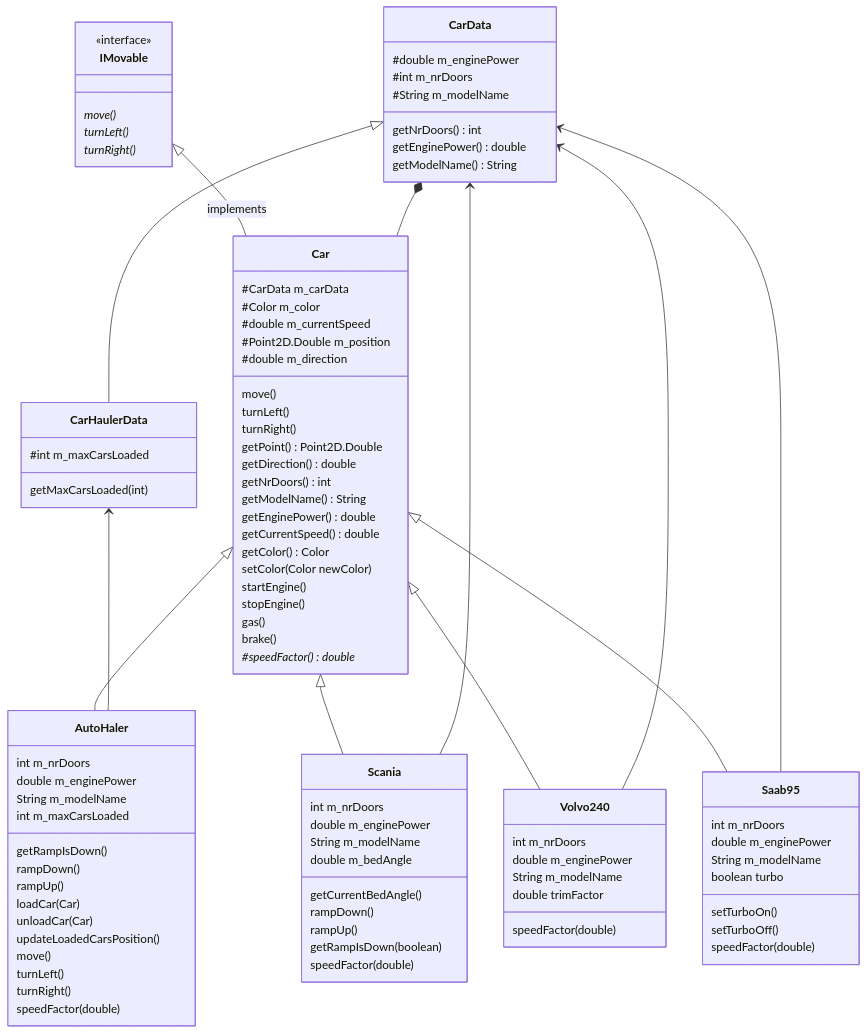
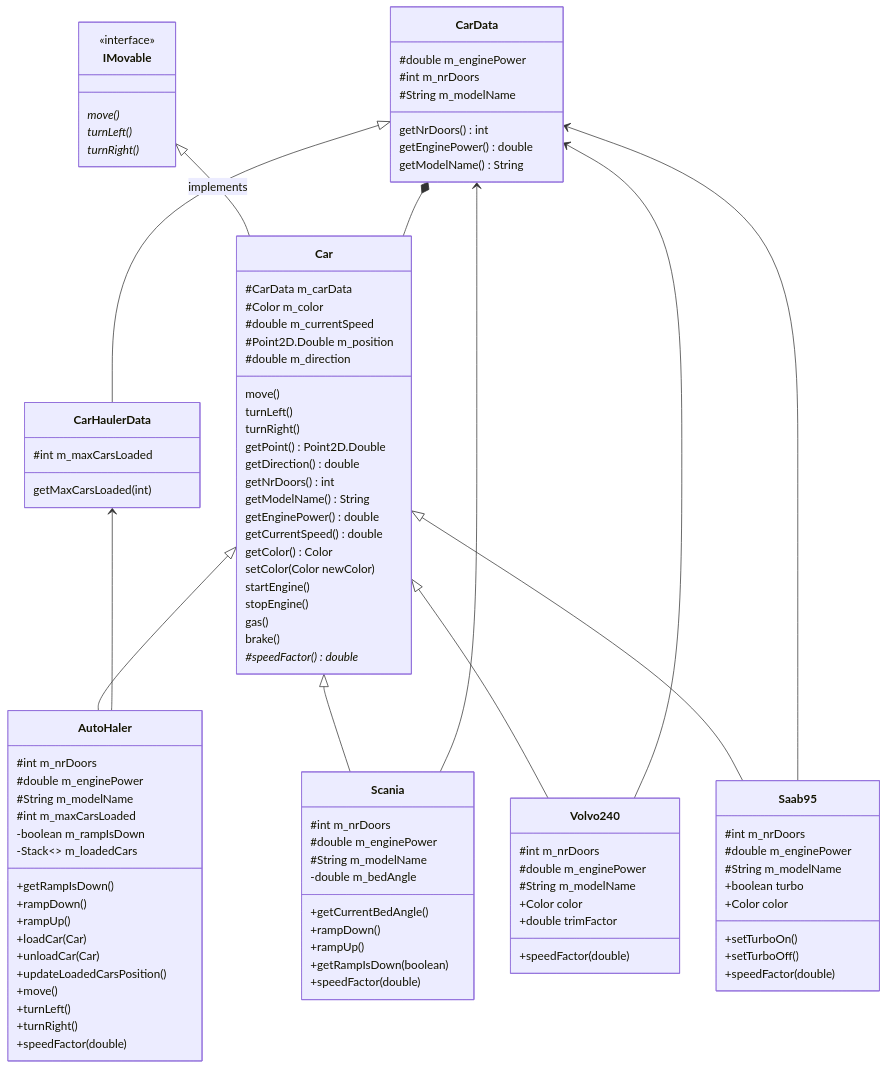
The diagram in uml.md (Faunther/dit954-lab1), drawn with Mermaid before and after one commit. The commit also changed 1 other file, not shown here.

Commit message:
ulm Bilar

```diff
--- a/uml.md
+++ b/uml.md
@@ -69,52 +69,56 @@
     }
     
     class Scania {
-        int m_nrDoors
-        double m_enginePower
-        String m_modelName
-        double m_bedAngle
+        #int m_nrDoors
+        #double m_enginePower
+        #String m_modelName
+        -double m_bedAngle
         
-        getCurrentBedAngle()
-        rampDown()
-        rampUp()
-        getRampIsDown(boolean)
-        speedFactor(double)
+        +getCurrentBedAngle()
+        +rampDown()
+        +rampUp()
+        +getRampIsDown(boolean)
+        +speedFactor(double)
         
     }
     class Volvo240 {
-        int m_nrDoors
-        double m_enginePower
-        String m_modelName
+        #int m_nrDoors
+        #double m_enginePower
+        #String m_modelName
+        +Color color
+        +double trimFactor
         
-        double trimFactor
-        speedFactor(double)
+        +speedFactor(double)
     }
     class Saab95 {
-        int m_nrDoors
-        double m_enginePower
-        String m_modelName
-        
-        boolean turbo
-        setTurboOn()
-        setTurboOff()
-        speedFactor(double)
+        #int m_nrDoors
+        #double m_enginePower
+        #String m_modelName
+        +boolean turbo
+        +Color color
+
+        +setTurboOn()
+        +setTurboOff()
+        +speedFactor(double)
     }
     class AutoHaler{
-        int m_nrDoors
-        double m_enginePower
-        String m_modelName
-        int m_maxCarsLoaded
+        #int m_nrDoors
+        #double m_enginePower
+        #String m_modelName
+        #int m_maxCarsLoaded
+        -boolean m_rampIsDown
+        -Stack<> m_loadedCars
 
-        getRampIsDown()
-        rampDown()
-        rampUp()
-        loadCar(Car)
-        unloadCar(Car)
-        updateLoadedCarsPosition()
-        move()
-        turnLeft()
-        turnRight()
-        speedFactor(double)
+        +getRampIsDown()
+        +rampDown()
+        +rampUp()
+        +loadCar(Car)
+        +unloadCar(Car)
+        +updateLoadedCarsPosition()
+        +move()
+        +turnLeft()
+        +turnRight()
+        +speedFactor(double)
         
         
     }
```
